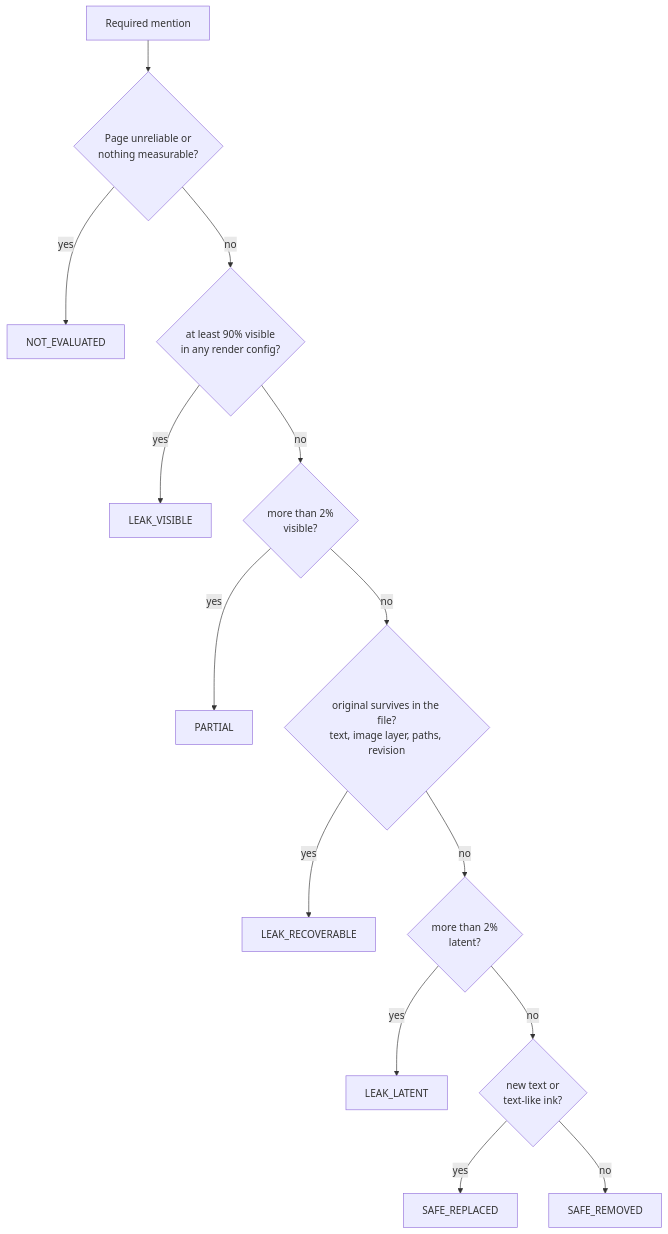
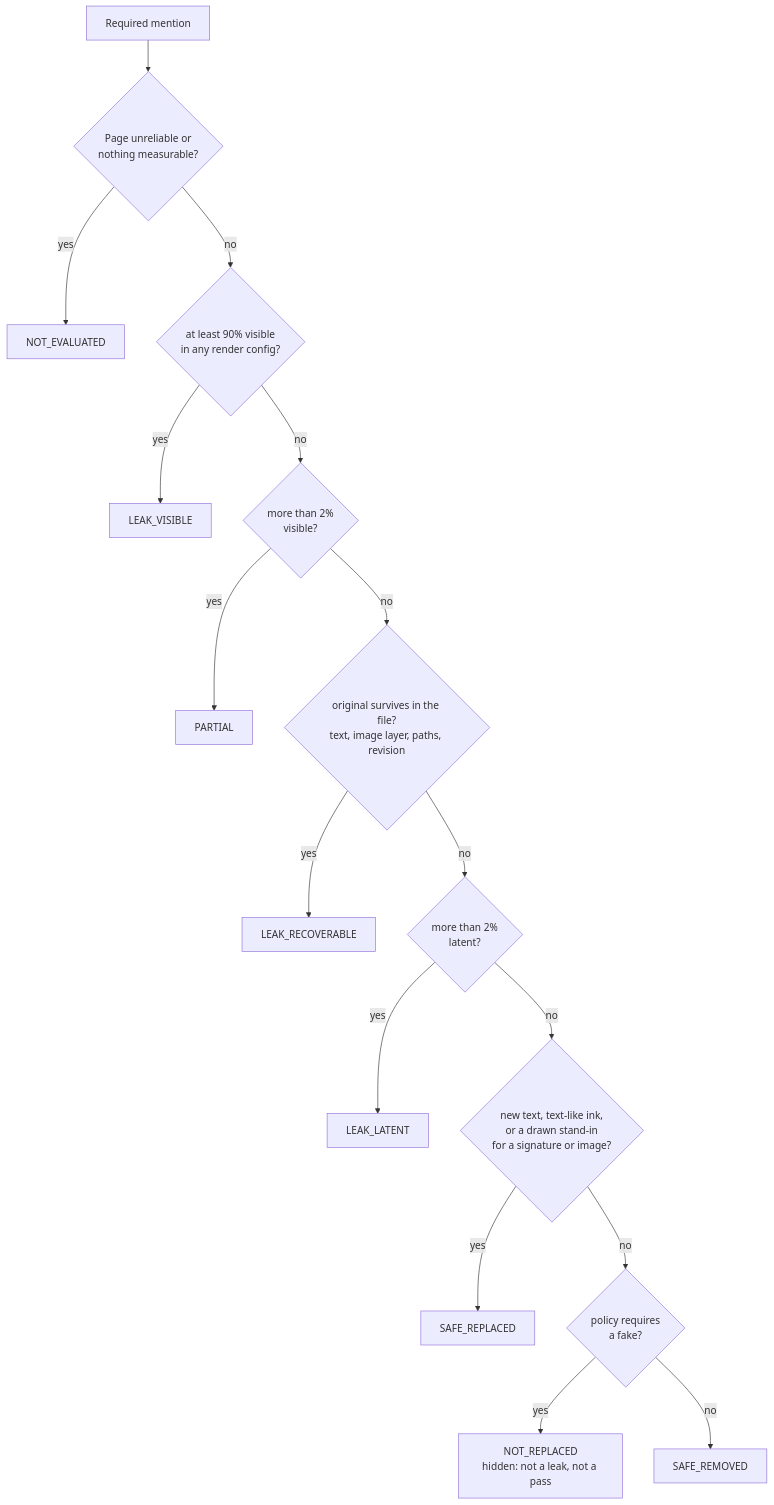
One commit to anshdeshwal31/redaction_benchmark changed the sixth of 11 diagrams in ARCHITECTURE.md. Above: the diagram before and after it, drawn with Mermaid. The commit also changed other lines of this file and 4 other files, not shown here.

````diff
--- a/ARCHITECTURE.md
+++ b/ARCHITECTURE.md
@@ -297,16 +338,18 @@
 ```mermaid
 flowchart TD
     m["Required mention"] --> ne{"Page unreliable or<br/>nothing measurable?"}
     ne -->|"yes"| NE["NOT_EVALUATED"]
     ne -->|"no"| v90{"at least 90% visible<br/>in any render config?"}
     v90 -->|"yes"| LV["LEAK_VISIBLE"]
     v90 -->|"no"| v2{"more than 2%<br/>visible?"}
     v2 -->|"yes"| PA["PARTIAL"]
     v2 -->|"no"| l2{"original survives in the file?<br/>text, image layer, paths, revision"}
     l2 -->|"yes"| LR["LEAK_RECOVERABLE"]
     l2 -->|"no"| lat{"more than 2%<br/>latent?"}
     lat -->|"yes"| LL["LEAK_LATENT"]
-    lat -->|"no"| rep{"new text or<br/>text-like ink?"}
+    lat -->|"no"| rep{"new text, text-like ink,<br/>or a drawn stand-in<br/>for a signature or image?"}
     rep -->|"yes"| SR["SAFE_REPLACED"]
-    rep -->|"no"| SRM["SAFE_REMOVED"]
+    rep -->|"no"| act{"policy requires<br/>a fake?"}
+    act -->|"yes"| NR["NOT_REPLACED<br/>hidden: not a leak, not a pass"]
+    act -->|"no"| SRM["SAFE_REMOVED"]
 ```
````
